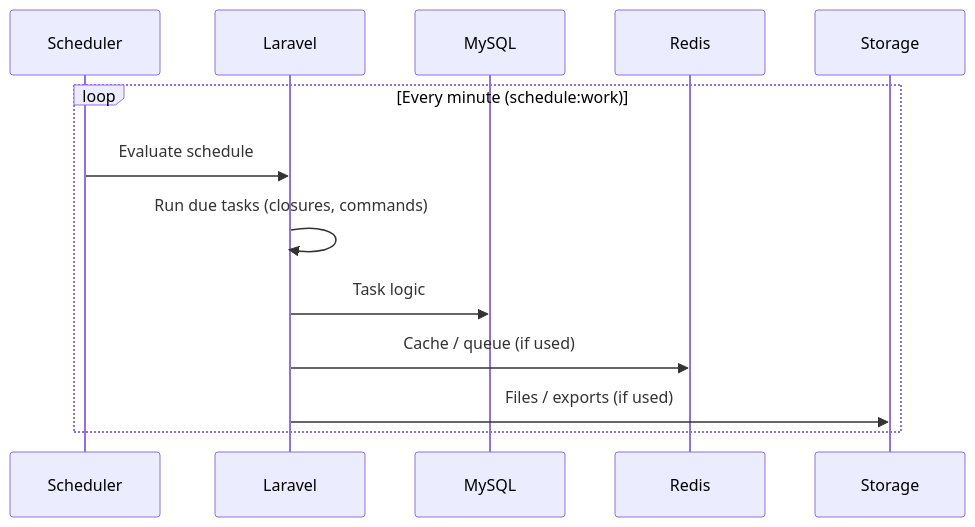
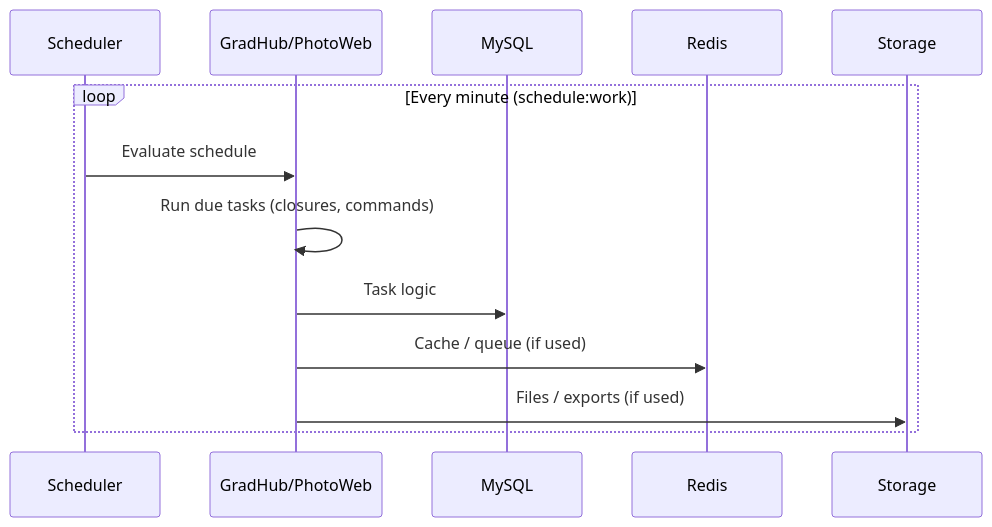
Before and after one commit to yeremko/gatest: the fifth of 7 diagrams in architecture.md, drawn with Mermaid. The commit also changed other lines of this file, not shown here.

````diff
--- a/architecture.md
+++ b/architecture.md
@@ -131,16 +142,16 @@
 ```mermaid
 sequenceDiagram
     participant Scheduler
-    participant Laravel
+    participant App as GradHub/PhotoWeb
     participant MySQL
     participant Redis
     participant Storage
 
     loop Every minute (schedule:work)
-        Scheduler->>Laravel: Evaluate schedule
-        Laravel->>Laravel: Run due tasks (closures, commands)
-        Laravel->>MySQL: Task logic
-        Laravel->>Redis: Cache / queue (if used)
-        Laravel->>Storage: Files / exports (if used)
+        Scheduler->>App: Evaluate schedule
+        App->>App: Run due tasks (closures, commands)
+        App->>MySQL: Task logic
+        App->>Redis: Cache / queue (if used)
+        App->>Storage: Files / exports (if used)
     end
 ```
````
